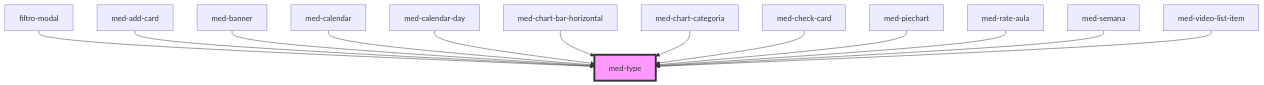
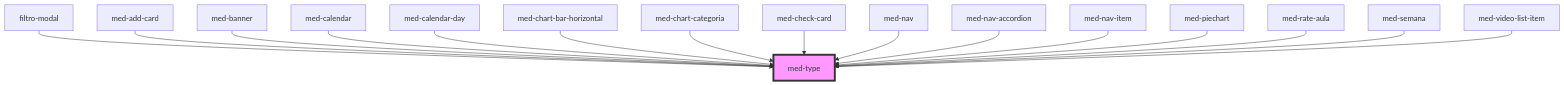
One commit to MEDGRUPOGIT/ionic-framework-1 changed the diagram in core/src/components/@medgrupo/core/med-type/readme.md. Above: the diagram before and after it, drawn with Mermaid. The commit also changed other lines of this file and 34 other files, not shown here.

````diff
--- a/core/src/components/@medgrupo/core/med-type/readme.md
+++ b/core/src/components/@medgrupo/core/med-type/readme.md
@@ -35,16 +38,19 @@
 ```mermaid
 graph TD;
   filtro-modal --> med-type
   med-add-card --> med-type
   med-banner --> med-type
   med-calendar --> med-type
   med-calendar-day --> med-type
   med-chart-bar-horizontal --> med-type
   med-chart-categoria --> med-type
   med-check-card --> med-type
+  med-nav --> med-type
+  med-nav-accordion --> med-type
+  med-nav-item --> med-type
   med-piechart --> med-type
   med-rate-aula --> med-type
   med-semana --> med-type
   med-video-list-item --> med-type
   style med-type fill:#f9f,stroke:#333,stroke-width:4px
 ```
````
